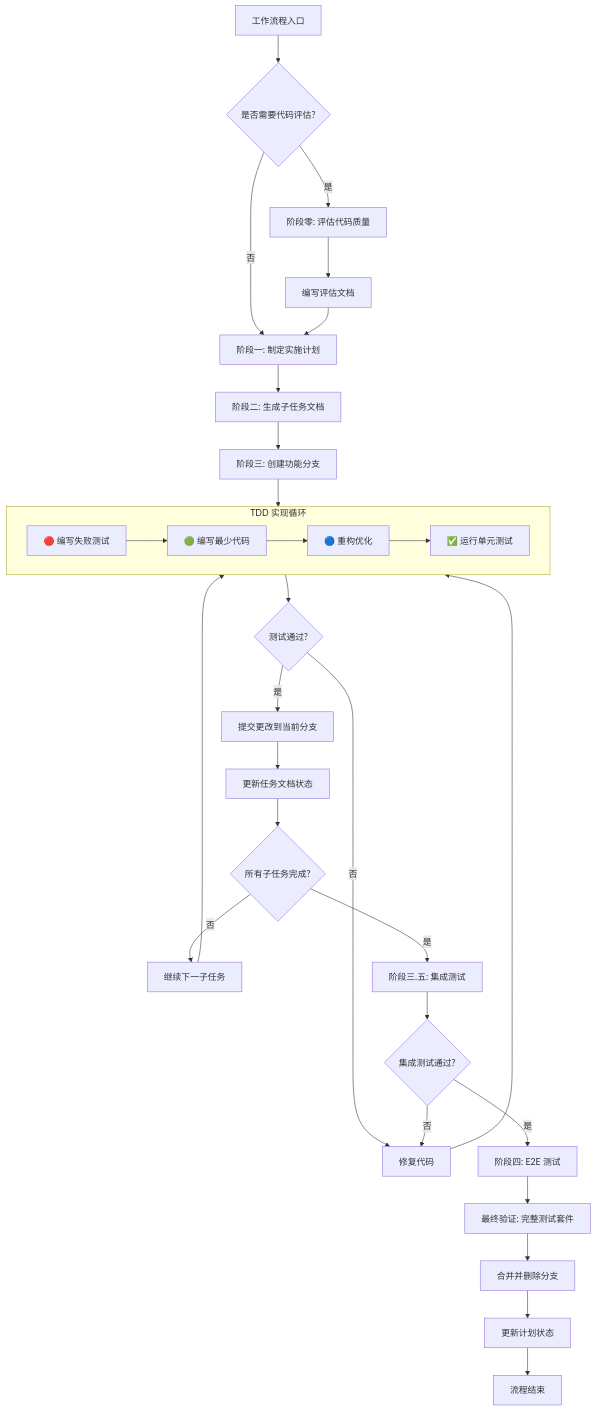
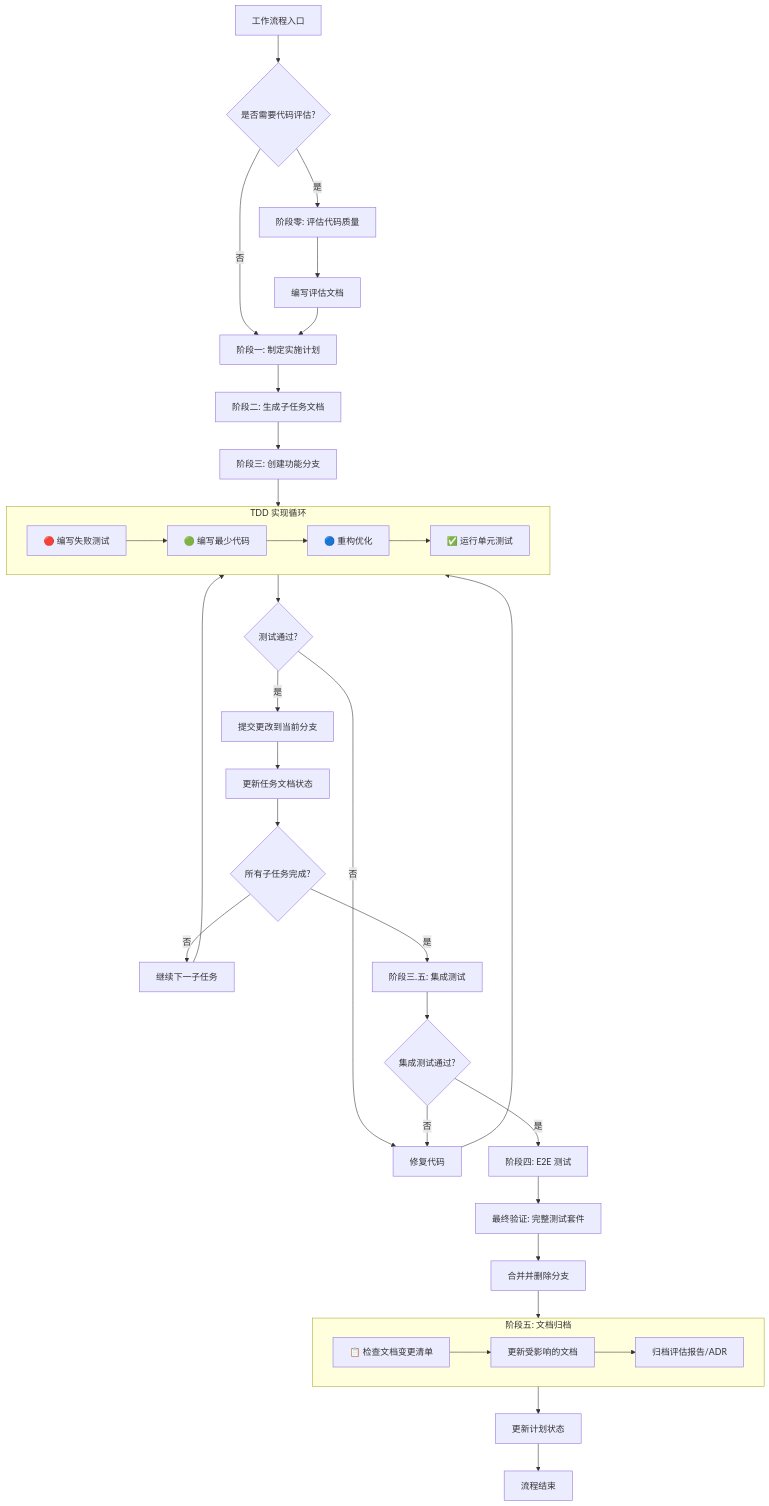
Before and after one commit to CodingRookie98/FaceFusionCpp: the diagram in docs/dev/zh/process/workflow.md, drawn with Mermaid. The commit also changed other lines of this file, not shown here.

First line of the commit message:
docs: add Phase 5 (Documentation Archive) to workflow

````diff
--- a/docs/dev/zh/process/workflow.md
+++ b/docs/dev/zh/process/workflow.md
@@ -136,41 +182,48 @@
 ```mermaid
 graph TD
     Start[工作流程入口] --> IsEvaluationNeeded{是否需要代码评估?}
 
     IsEvaluationNeeded -->|是| EvalCode[阶段零: 评估代码质量]
     IsEvaluationNeeded -->|否| CreatePlan
 
     EvalCode --> WriteEvalDoc[编写评估文档]
     WriteEvalDoc --> CreatePlan
 
     CreatePlan[阶段一: 制定实施计划] --> GenTaskDocs[阶段二: 生成子任务文档]
     GenTaskDocs --> CreateBranch[阶段三: 创建功能分支]
 
     CreateBranch --> TDDCycle[TDD 循环]
 
     subgraph TDDCycle[TDD 实现循环]
         WriteTest["🔴 编写失败测试"] --> WriteCode["🟢 编写最少代码"]
         WriteCode --> Refactor["🔵 重构优化"]
         Refactor --> RunTests["✅ 运行单元测试"]
     end
 
     TDDCycle --> TestPass{测试通过?}
     TestPass -->|否| FixCode[修复代码]
     FixCode --> TDDCycle
 
     TestPass -->|是| CommitGit[提交更改到当前分支]
     CommitGit --> UpdateTaskDoc[更新任务文档状态]
 
     UpdateTaskDoc --> AllTasksDone{所有子任务完成?}
     AllTasksDone -->|否| NextTask[继续下一子任务]
     NextTask --> TDDCycle
 
     AllTasksDone -->|是| IntegrationTest[阶段三.五: 集成测试]
     IntegrationTest --> IntegPass{集成测试通过?}
     IntegPass -->|否| FixCode
     IntegPass -->|是| E2ETest[阶段四: E2E 测试]
     E2ETest --> FinalTest[最终验证: 完整测试套件]
     FinalTest --> MergeBranch[合并并删除分支]
-    MergeBranch --> UpdatePlanStatus[更新计划状态]
+    MergeBranch --> DocAudit[阶段五: 文档归档与更新]
+
+    subgraph DocAudit[阶段五: 文档归档]
+        CheckDocs["📋 检查文档变更清单"] --> UpdateDocs["更新受影响的文档"]
+        UpdateDocs --> ArchiveReports["归档评估报告/ADR"]
+    end
+
+    DocAudit --> UpdatePlanStatus[更新计划状态]
     UpdatePlanStatus --> End[流程结束]
 ```
````
